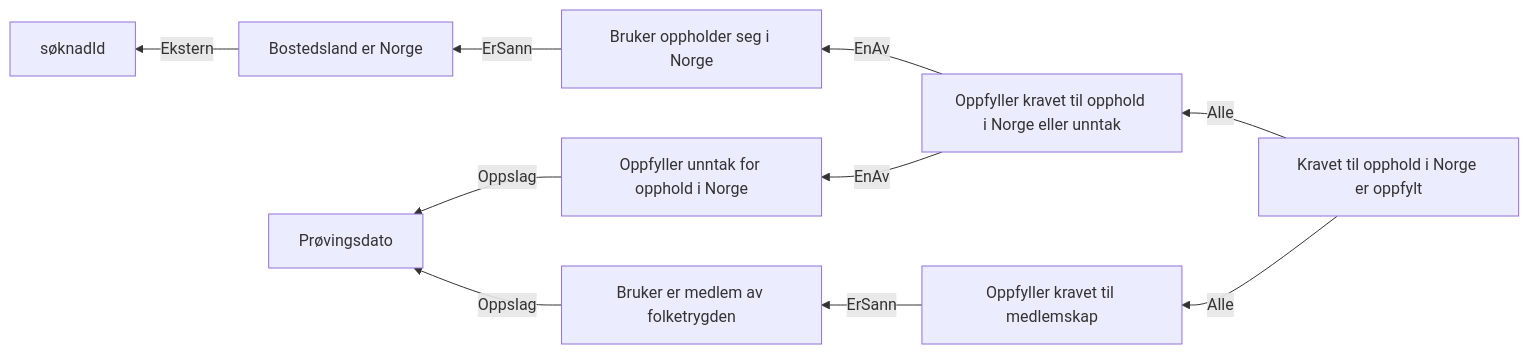
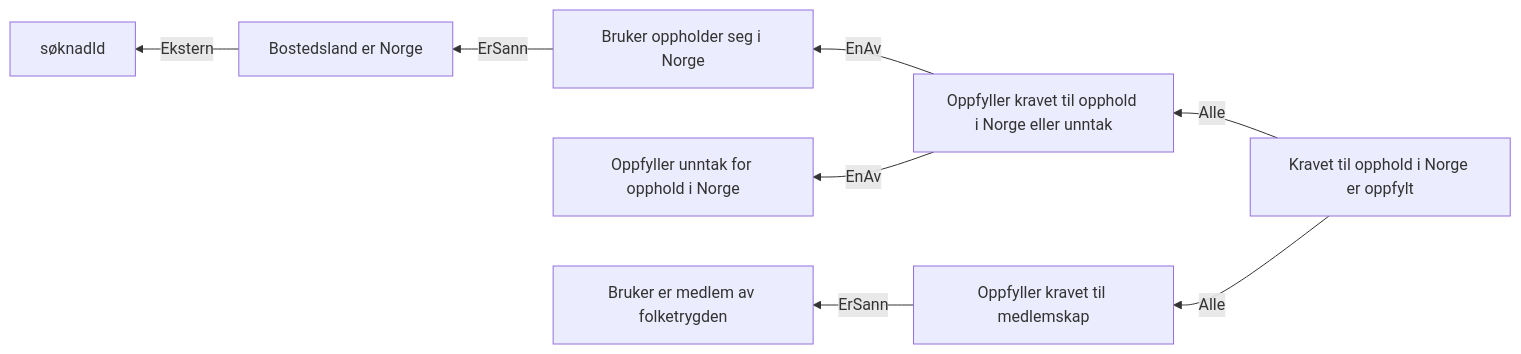
One commit to navikt/dp-behandling changed the diagram in docs/regler/§ 4-2. Opphold i Norge.approved.md. Above: the diagram before and after it, drawn with Mermaid. The commit also changed 26 other files, not shown here.

````diff
--- a/docs/regler/§ 4-2. Opphold i Norge.approved.md
+++ b/docs/regler/§ 4-2. Opphold i Norge.approved.md
@@ -5,12 +5,10 @@
 ```mermaid
 graph RL
   A["Bostedsland er Norge"] -->|"Ekstern"| B["søknadId"]
   C["Bruker oppholder seg i Norge"] -->|"ErSann"| A["Bostedsland er Norge"]
-  D["Oppfyller unntak for opphold i Norge"] -->|"Oppslag"| E["Prøvingsdato"]
-  F["Oppfyller kravet til opphold i Norge eller unntak"] -->|"EnAv"| C["Bruker oppholder seg i Norge"]
-  F["Oppfyller kravet til opphold i Norge eller unntak"] -->|"EnAv"| D["Oppfyller unntak for opphold i Norge"]
-  G["Bruker er medlem av folketrygden"] -->|"Oppslag"| E["Prøvingsdato"]
-  H["Oppfyller kravet til medlemskap"] -->|"ErSann"| G["Bruker er medlem av folketrygden"]
-  I["Kravet til opphold i Norge er oppfylt"] -->|"Alle"| F["Oppfyller kravet til opphold i Norge eller unntak"]
-  I["Kravet til opphold i Norge er oppfylt"] -->|"Alle"| H["Oppfyller kravet til medlemskap"]
+  D["Oppfyller kravet til opphold i Norge eller unntak"] -->|"EnAv"| C["Bruker oppholder seg i Norge"]
+  D["Oppfyller kravet til opphold i Norge eller unntak"] -->|"EnAv"| E["Oppfyller unntak for opphold i Norge"]
+  F["Oppfyller kravet til medlemskap"] -->|"ErSann"| G["Bruker er medlem av folketrygden"]
+  H["Kravet til opphold i Norge er oppfylt"] -->|"Alle"| D["Oppfyller kravet til opphold i Norge eller unntak"]
+  H["Kravet til opphold i Norge er oppfylt"] -->|"Alle"| F["Oppfyller kravet til medlemskap"]
 ```
````
